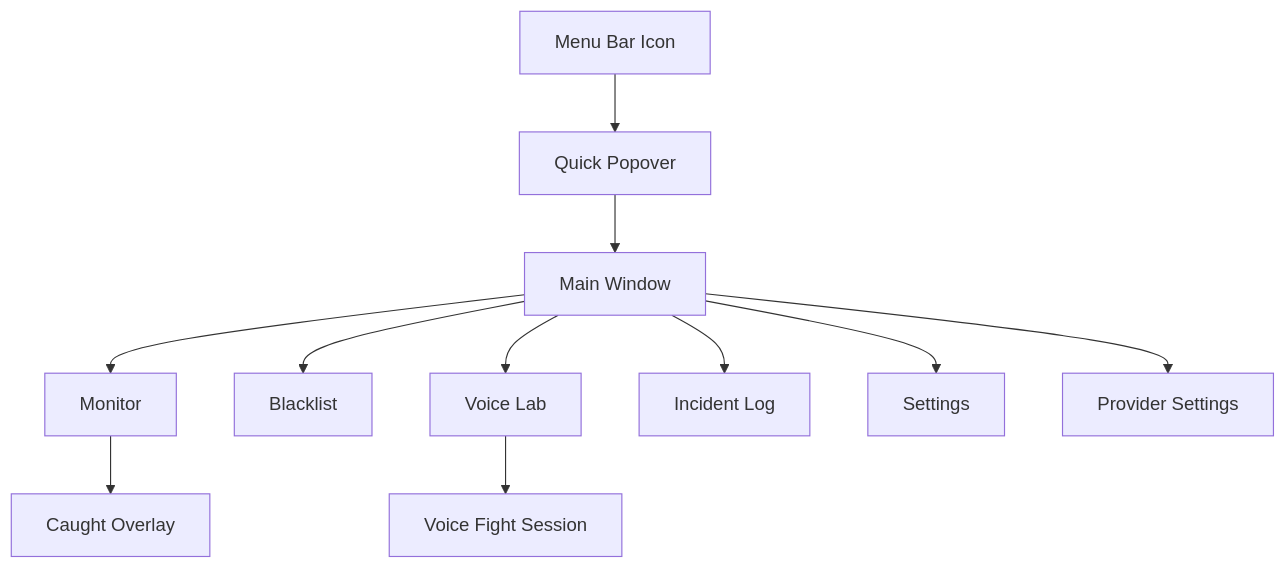
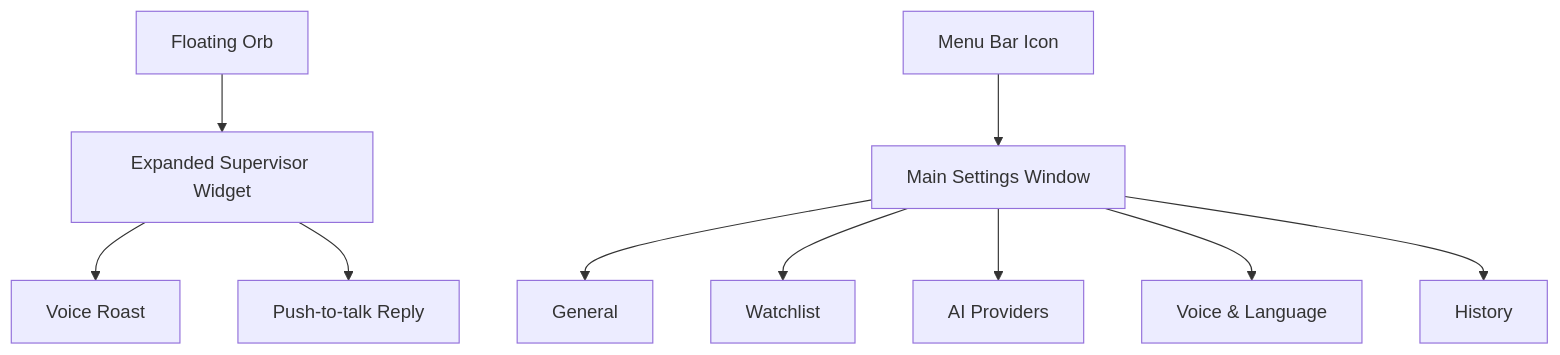
The diagram in docs/DESIGN.md (FerryCorleone/Hunter), drawn with Mermaid before and after one commit. The commit also changed other lines of this file and 6 other files, not shown here.

Commit message:
Redesign Hunter around minimal floating widget

````diff
--- a/docs/DESIGN.md
+++ b/docs/DESIGN.md
@@ -33,13 +25,12 @@
 ```mermaid
 flowchart TD
-  A["Menu Bar Icon"] --> B["Quick Popover"]
-  B --> C["Main Window"]
-  C --> D["Monitor"]
-  C --> E["Blacklist"]
-  C --> F["Voice Lab"]
-  C --> G["Incident Log"]
-  C --> H["Settings"]
-  C --> K["Provider Settings"]
-  D --> I["Caught Overlay"]
-  F --> J["Voice Fight Session"]
+  A["Floating Orb"] --> B["Expanded Supervisor Widget"]
+  B --> C["Voice Roast"]
+  B --> D["Push-to-talk Reply"]
+  E["Menu Bar Icon"] --> F["Main Settings Window"]
+  F --> G["General"]
+  F --> H["Watchlist"]
+  F --> I["AI Providers"]
+  F --> J["Voice & Language"]
+  F --> K["History"]
 ```
````
